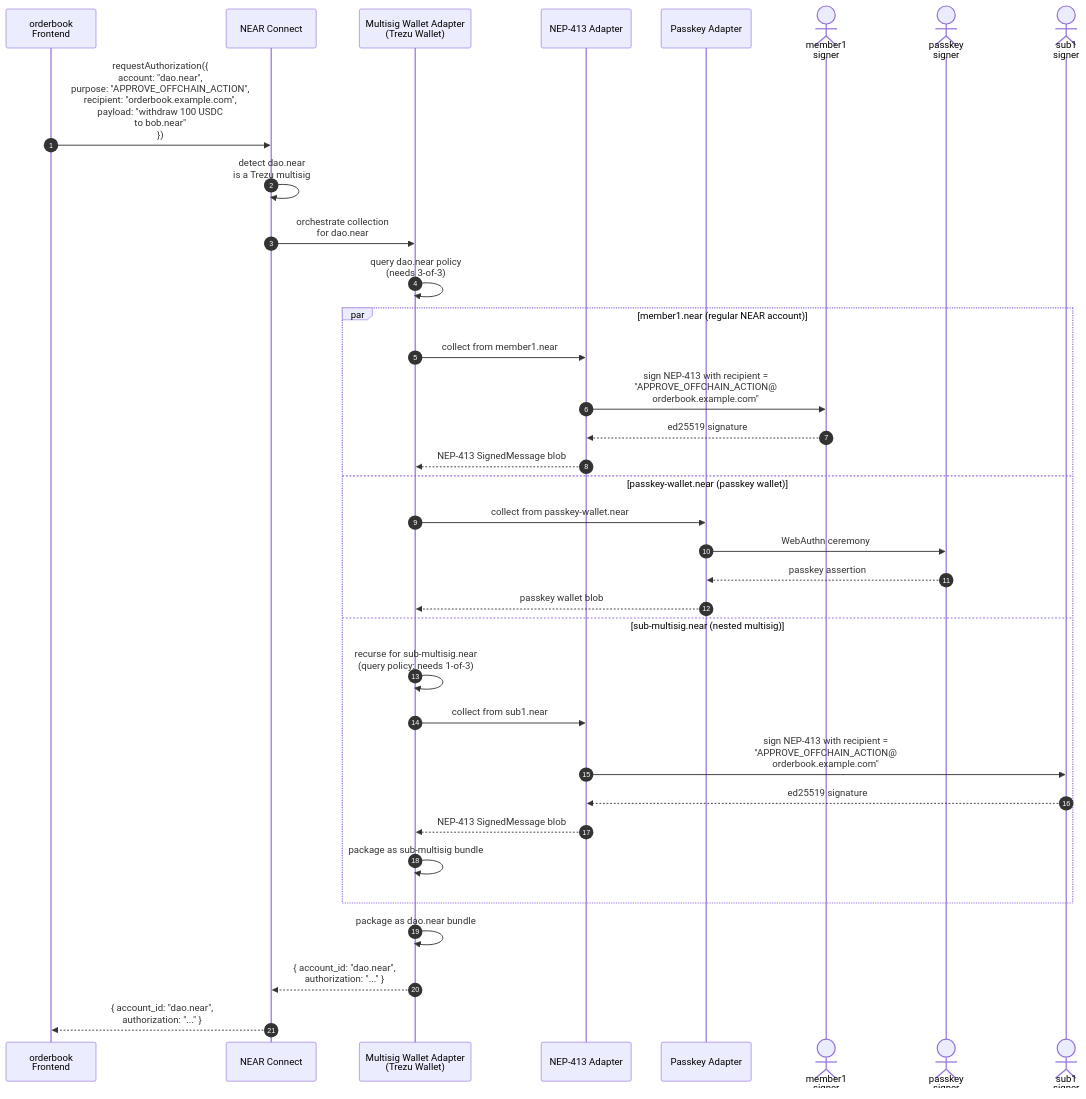
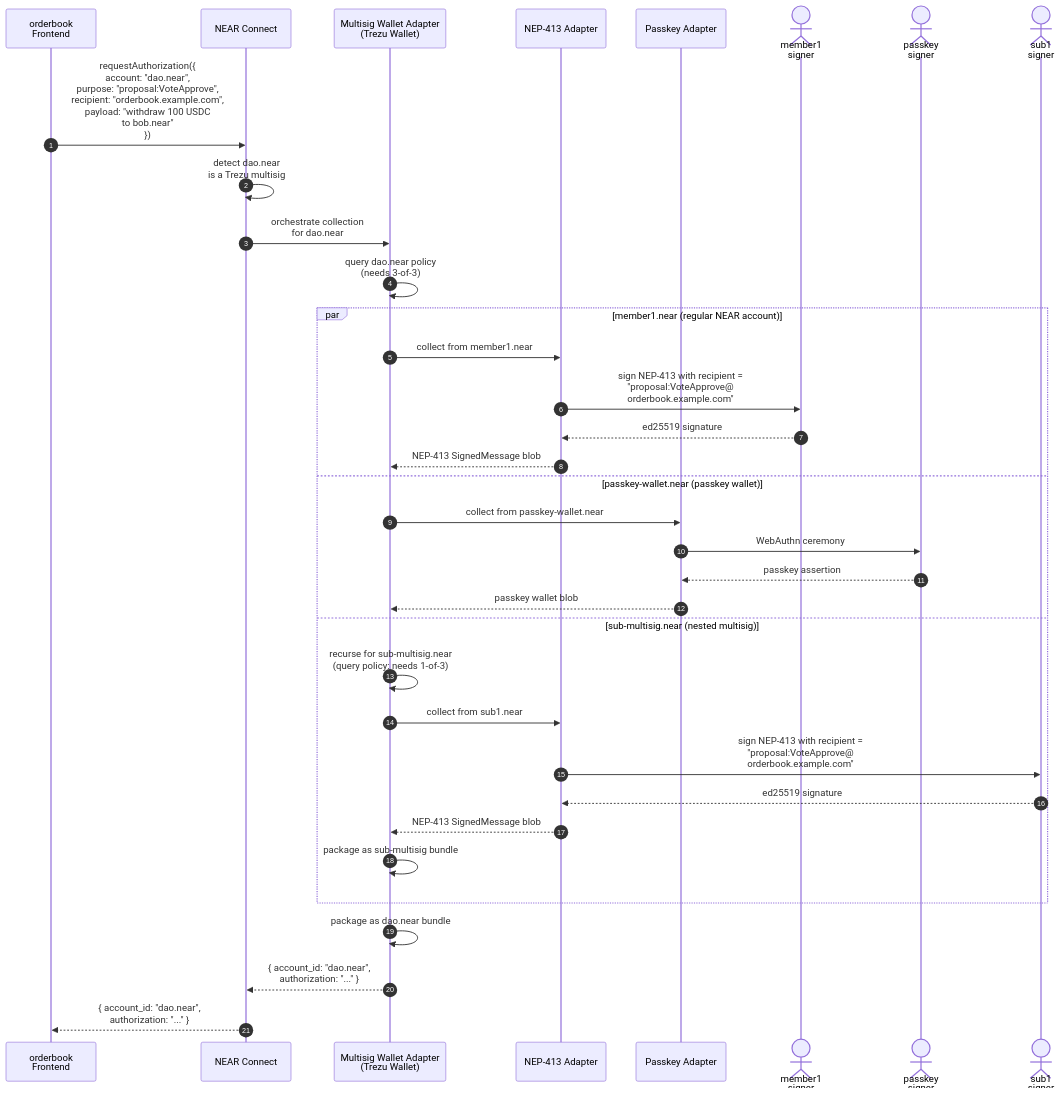
Before and after one commit to near/NEPs: the third of 4 diagrams in neps/nep-0641.md, drawn with Mermaid. The commit also changed other lines of this file, not shown here.

Commit message:
Addressing feedback: relaxing 'purpose' field, clarifying the main motivation for the NEP, explicitly mentioning MPC usecase

````diff
--- a/neps/nep-0641.md
+++ b/neps/nep-0641.md
@@ -542,42 +554,42 @@
 ```mermaid
 sequenceDiagram
     autonumber
     participant FE as orderbook<br/>Frontend
     participant NC as NEAR Connect
     participant MS as Multisig Wallet Adapter<br/>(Trezu Wallet)
     participant N413 as NEP-413 Adapter
     participant PK as Passkey Adapter
     actor M1User as member1<br/>signer
     actor M2User as passkey<br/>signer
     actor S1User as sub1<br/>signer
 
-    FE->>NC: requestAuthorization({<br/>  account: "dao.near",<br/>  purpose: "APPROVE_OFFCHAIN_ACTION",<br/>  recipient: "orderbook.example.com",<br/>  payload: "withdraw 100 USDC<br/>to bob.near"<br/>})
+    FE->>NC: requestAuthorization({<br/>  account: "dao.near",<br/>  purpose: "proposal:VoteApprove",<br/>  recipient: "orderbook.example.com",<br/>  payload: "withdraw 100 USDC<br/>to bob.near"<br/>})
 
     NC->>NC: detect dao.near<br/>is a Trezu multisig
     NC->>MS: orchestrate collection<br/>for dao.near
 
     MS->>MS: query dao.near policy<br/>(needs 3-of-3)
 
     par member1.near (regular NEAR account)
         MS->>N413: collect from member1.near
-        N413->>M1User: sign NEP-413 with recipient =<br/>"APPROVE_OFFCHAIN_ACTION@<br/>orderbook.example.com"
+        N413->>M1User: sign NEP-413 with recipient =<br/>"proposal:VoteApprove@<br/>orderbook.example.com"
         M1User-->>N413: ed25519 signature
         N413-->>MS: NEP-413 SignedMessage blob
     and passkey-wallet.near (passkey wallet)
         MS->>PK: collect from passkey-wallet.near
         PK->>M2User: WebAuthn ceremony
         M2User-->>PK: passkey assertion
         PK-->>MS: passkey wallet blob
     and sub-multisig.near (nested multisig)
         MS->>MS: recurse for sub-multisig.near<br/>(query policy: needs 1-of-3)
         MS->>N413: collect from sub1.near
-        N413->>S1User: sign NEP-413 with recipient =<br/>"APPROVE_OFFCHAIN_ACTION@<br/>orderbook.example.com"
+        N413->>S1User: sign NEP-413 with recipient =<br/>"proposal:VoteApprove@<br/>orderbook.example.com"
         S1User-->>N413: ed25519 signature
         N413-->>MS: NEP-413 SignedMessage blob
         MS->>MS: package as sub-multisig bundle
     end
 
     MS->>MS: package as dao.near bundle
     MS-->>NC: { account_id: "dao.near",<br/>  authorization: "..." }
     NC-->>FE: { account_id: "dao.near",<br/>  authorization: "..." }
 ```
````
